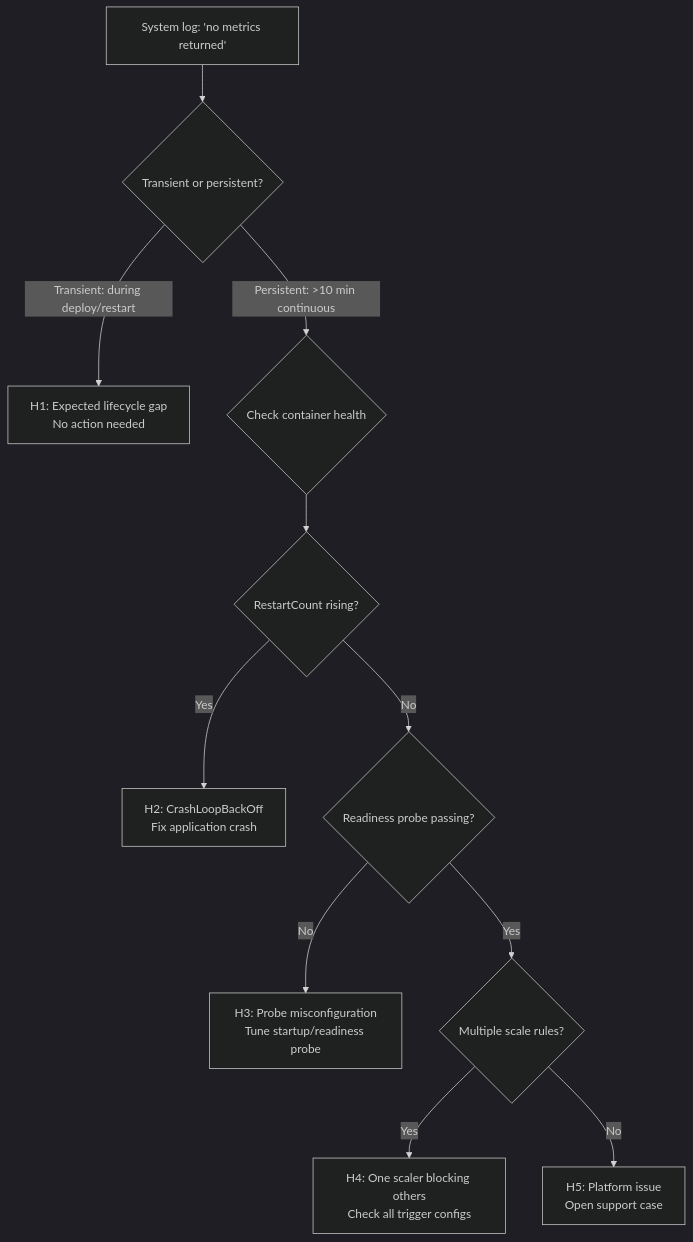
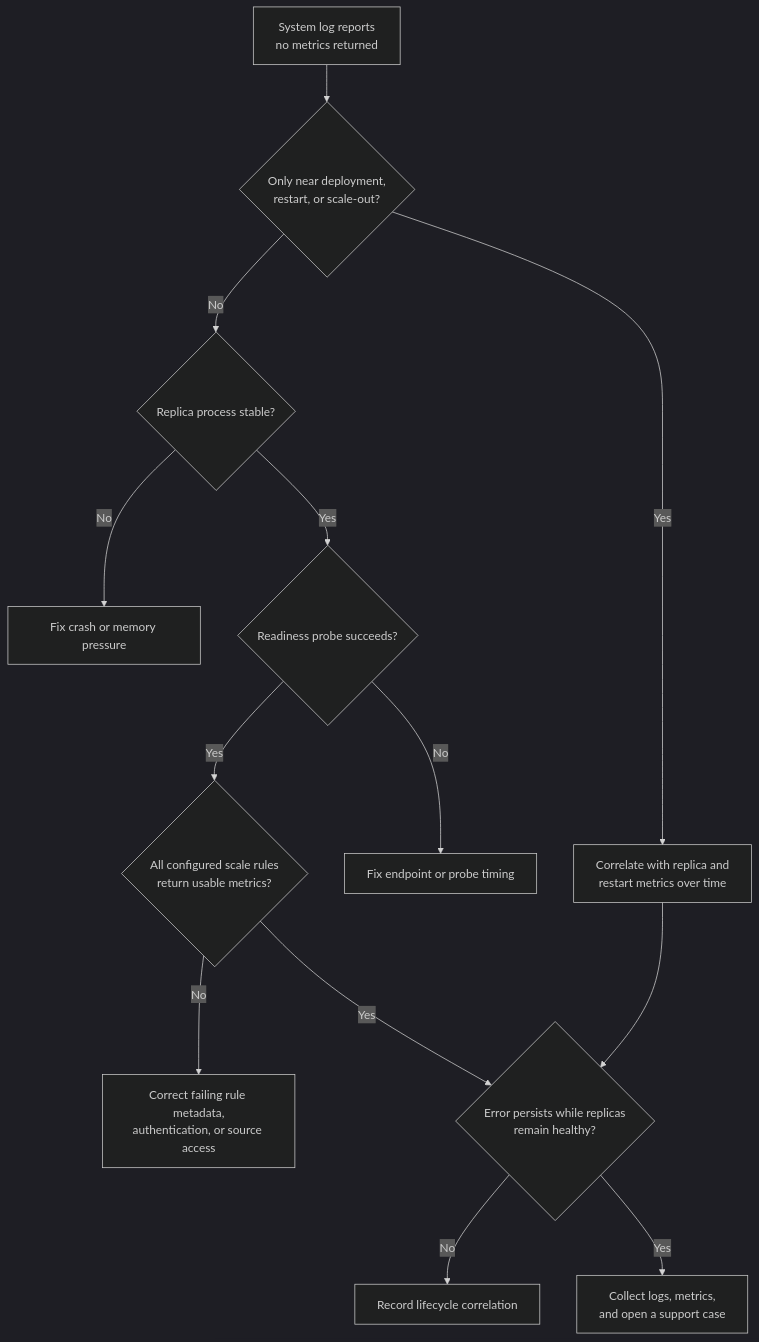
The diagram in docs/troubleshooting/playbooks/scaling-and-runtime/keda-no-metrics-returned.md (yeongseon/azure-container-apps-practical-guide), drawn with Mermaid (dark theme) before and after one commit. The commit also changed other lines of this file and 28 other files, not shown here.

Commit message:
docs(diagrams): migrate playbook diagnostic flows (#627)

````diff
--- a/docs/troubleshooting/playbooks/scaling-and-runtime/keda-no-metrics-returned.md
+++ b/docs/troubleshooting/playbooks/scaling-and-runtime/keda-no-metrics-returned.md
@@ -93,13 +95,18 @@
 ```mermaid
 flowchart TD
-    A["System log: 'no metrics returned'"] --> B{Transient or persistent?}
-    B -->|Transient: during deploy/restart| H1["H1: Expected lifecycle gap<br/>No action needed"]
-    B -->|Persistent: >10 min continuous| C{Check container health}
-    C --> D{RestartCount rising?}
-    D -->|Yes| H2["H2: CrashLoopBackOff<br/>Fix application crash"]
-    D -->|No| E{Readiness probe passing?}
-    E -->|No| H3["H3: Probe misconfiguration<br/>Tune startup/readiness probe"]
-    E -->|Yes| F{Multiple scale rules?}
-    F -->|Yes| H4["H4: One scaler blocking others<br/>Check all trigger configs"]
-    F -->|No| H5["H5: Platform issue<br/>Open support case"]
+    accTitle: Correlate a no-metrics scaler error with replica health
+    accDescr: Compare error timing with deployment and restart events, then check replica stability, readiness, and every configured rule before escalating a persistent unexplained condition.
+
+    START[System log reports<br/>no metrics returned] --> WINDOW{Only near deployment,<br/>restart, or scale-out?}
+    WINDOW -->|Yes| OBSERVE[Correlate with replica and<br/>restart metrics over time]
+    WINDOW -->|No| STABLE{Replica process stable?}
+    STABLE -->|No| CRASH[Fix crash or memory pressure]
+    STABLE -->|Yes| READY{Readiness probe succeeds?}
+    READY -->|No| PROBE[Fix endpoint or probe timing]
+    READY -->|Yes| RULES{All configured scale rules<br/>return usable metrics?}
+    RULES -->|No| CONFIG[Correct failing rule metadata,<br/>authentication, or source access]
+    RULES -->|Yes| PERSIST{Error persists while replicas<br/>remain healthy?}
+    PERSIST -->|No| DONE[Record lifecycle correlation]
+    PERSIST -->|Yes| SUPPORT[Collect logs, metrics,<br/>and open a support case]
+    OBSERVE --> PERSIST
 ```
````
